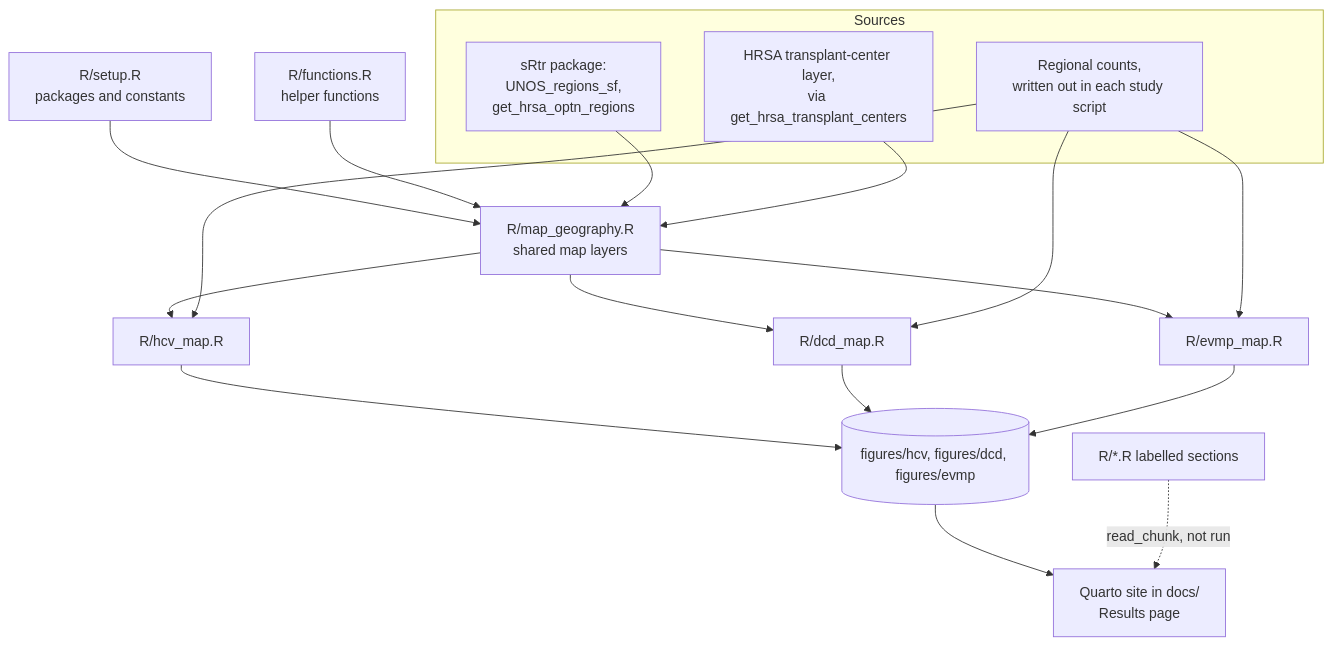
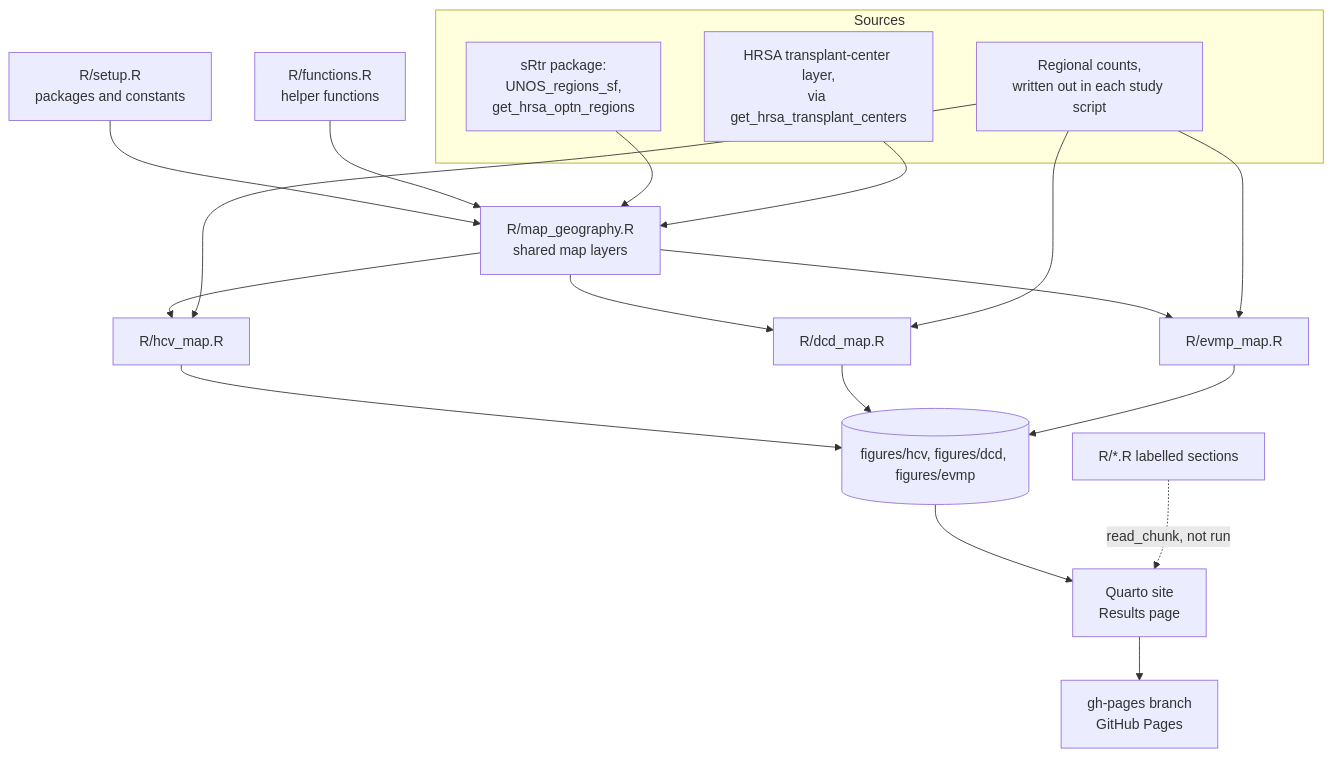
One commit to VagishHemmige/UNOS-mapping changed the diagram in ARCHITECTURE.md. Above: the diagram before and after it, drawn with Mermaid. The commit also changed other lines of this file and 51 other files, not shown here.

First line of the commit message:
Publish the site with GitHub Actions

````diff
--- a/ARCHITECTURE.md
+++ b/ARCHITECTURE.md
@@ -13,27 +13,28 @@
 ```mermaid
 flowchart TD
     subgraph sources[Sources]
         SRTR[sRtr package:<br/>UNOS_regions_sf,<br/>get_hrsa_optn_regions]
         HRSA[HRSA transplant-center layer,<br/>via get_hrsa_transplant_centers]
         COUNTS[Regional counts,<br/>written out in each study script]
     end
 
     SETUP[R/setup.R<br/>packages and constants] --> GEO
     FUN[R/functions.R<br/>helper functions] --> GEO
     SRTR --> GEO[R/map_geography.R<br/>shared map layers]
     HRSA --> GEO
 
     GEO --> HCV[R/hcv_map.R]
     GEO --> DCD[R/dcd_map.R]
     GEO --> EVMP[R/evmp_map.R]
     COUNTS --> HCV
     COUNTS --> DCD
     COUNTS --> EVMP
 
     HCV --> FIG[(figures/hcv, figures/dcd, figures/evmp)]
     DCD --> FIG
     EVMP --> FIG
 
-    FIG --> SITE[Quarto site in docs/<br/>Results page]
+    FIG --> SITE[Quarto site<br/>Results page]
+    SITE --> PAGES[gh-pages branch<br/>GitHub Pages]
     RSRC[R/*.R labelled sections] -. read_chunk, not run .-> SITE
 ```
````
